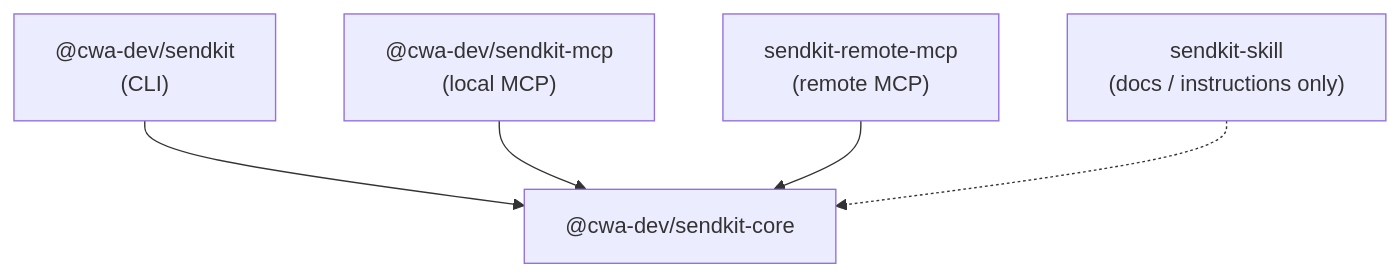
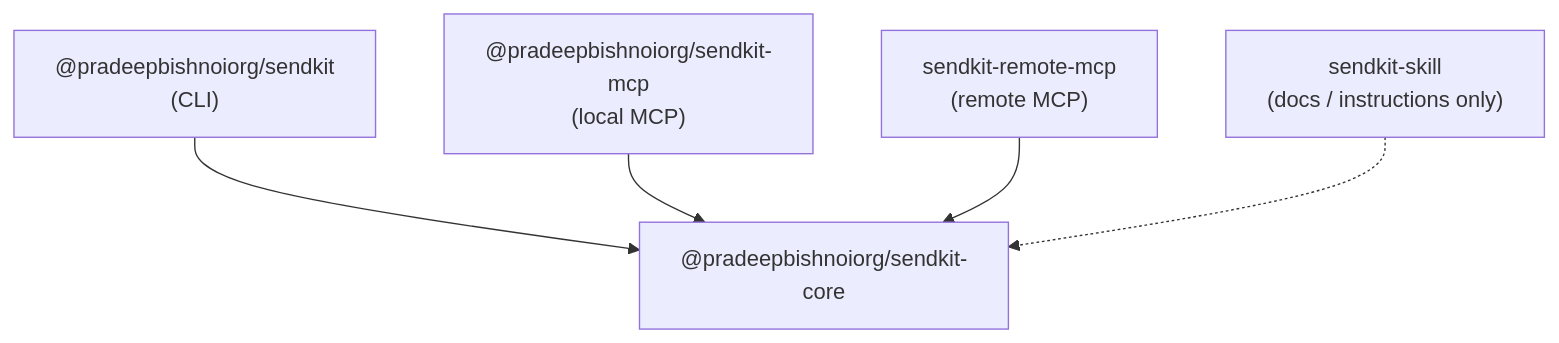
The second of 2 diagrams in README.md (Pradeep-bishnoi/SendKit), drawn with Mermaid before and after one commit. The commit also changed other lines of this file and 1 other file, not shown here.

````diff
--- a/README.md
+++ b/README.md
@@ -423,7 +423,7 @@
 ```mermaid
 flowchart TD
-    CLI["@cwa-dev/sendkit<br/>(CLI)"] --> CORE["@cwa-dev/sendkit-core"]
-    MCP["@cwa-dev/sendkit-mcp<br/>(local MCP)"] --> CORE
+    CLI["@pradeepbishnoiorg/sendkit<br/>(CLI)"] --> CORE["@pradeepbishnoiorg/sendkit-core"]
+    MCP["@pradeepbishnoiorg/sendkit-mcp<br/>(local MCP)"] --> CORE
     REMOTE["sendkit-remote-mcp<br/>(remote MCP)"] --> CORE
     SKILL["sendkit-skill<br/>(docs / instructions only)"] -.-> CORE
 ```
````
